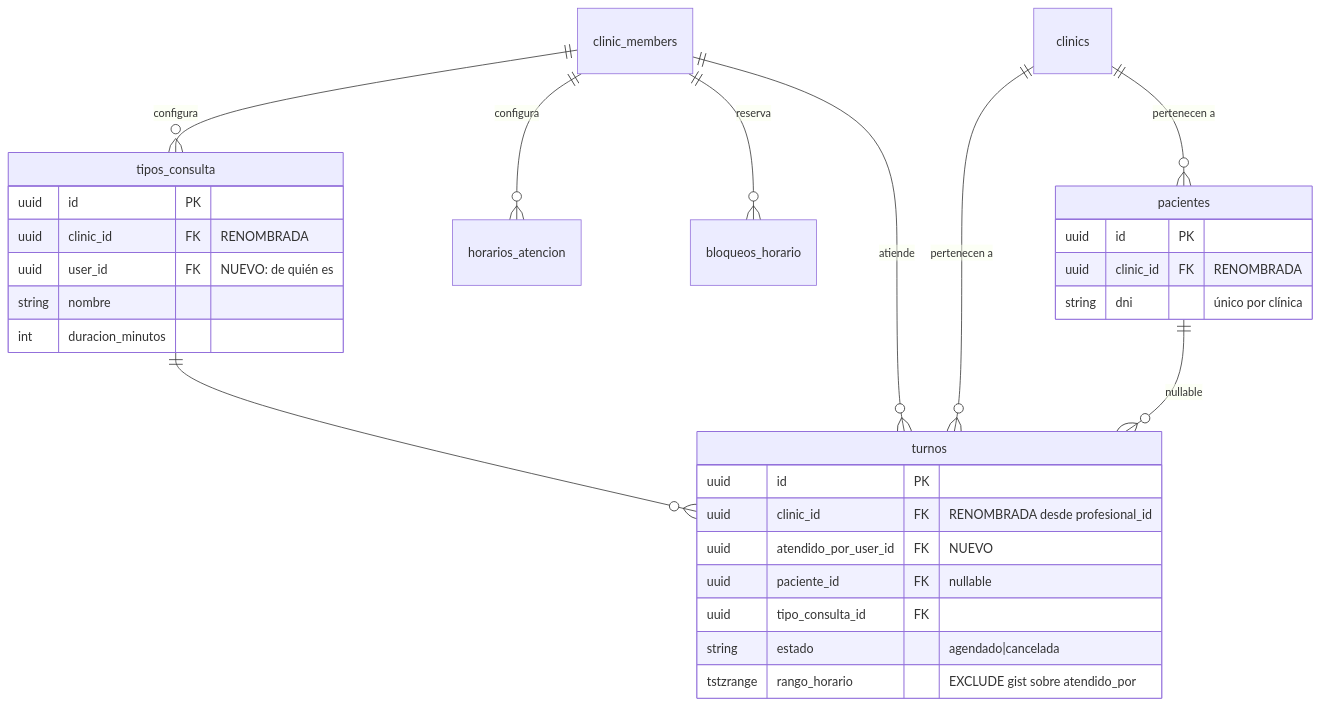
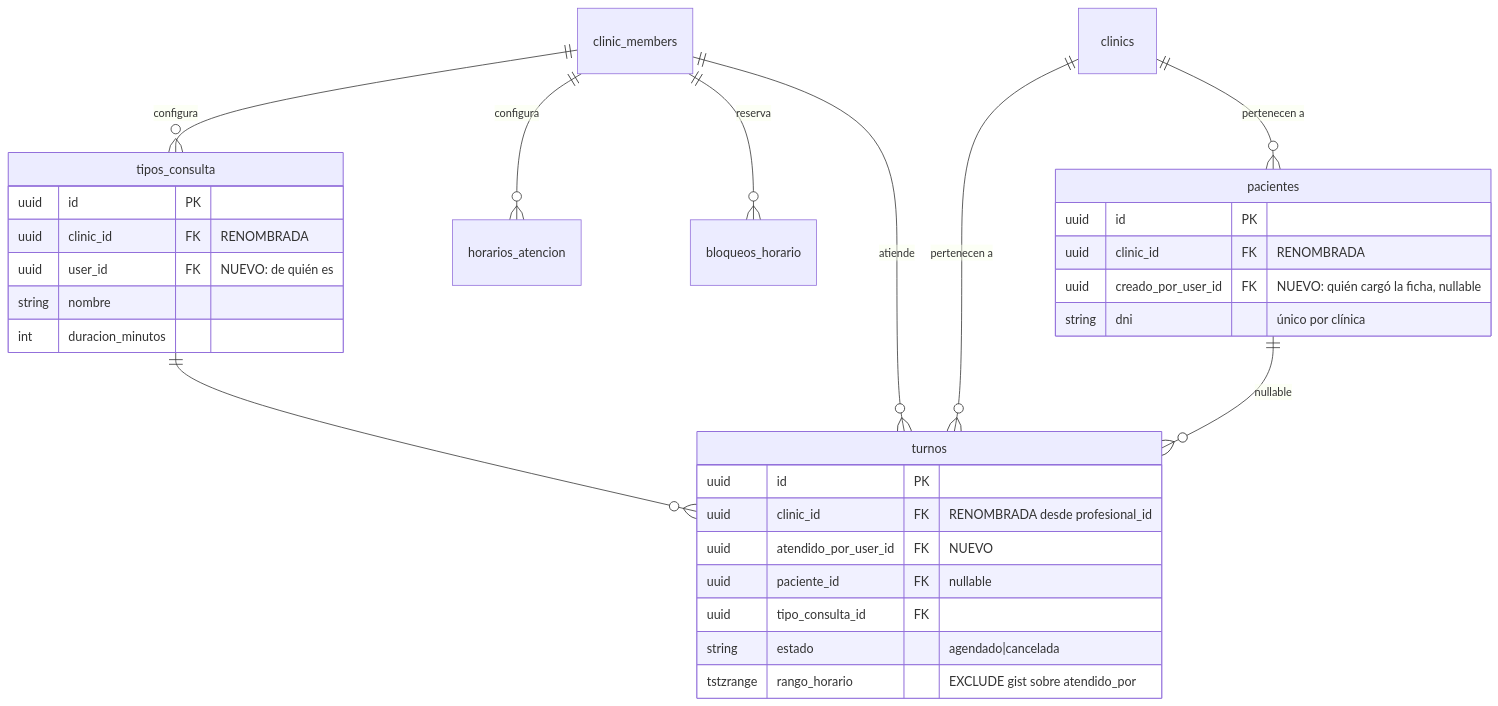
Before and after one commit to JuanMuruzabal/Mirage_clinicas: the second of 2 diagrams in docs/Arquitectura y base/modelo de datos/er-post-fase3.md, drawn with Mermaid. The commit also changed other lines of this file and 1 other file, not shown here.

````diff
--- a/docs/Arquitectura y base/modelo de datos/er-post-fase3.md
+++ b/docs/Arquitectura y base/modelo de datos/er-post-fase3.md
@@ -89,33 +97,34 @@
 ```mermaid
 erDiagram
     clinic_members ||--o{ tipos_consulta : "configura"
     clinic_members ||--o{ horarios_atencion : "configura"
     clinic_members ||--o{ bloqueos_horario : "reserva"
     clinic_members ||--o{ turnos : "atiende"
     clinics ||--o{ turnos : "pertenecen a"
     clinics ||--o{ pacientes : "pertenecen a"
     pacientes ||--o{ turnos : "nullable"
     tipos_consulta ||--o{ turnos : ""
 
     turnos {
         uuid id PK
         uuid clinic_id FK "RENOMBRADA desde profesional_id"
         uuid atendido_por_user_id FK "NUEVO"
         uuid paciente_id FK "nullable"
         uuid tipo_consulta_id FK
         string estado "agendado|cancelada"
         tstzrange rango_horario "EXCLUDE gist sobre atendido_por"
     }
     tipos_consulta {
         uuid id PK
         uuid clinic_id FK "RENOMBRADA"
         uuid user_id FK "NUEVO: de quién es"
         string nombre
         int duracion_minutos
     }
     pacientes {
         uuid id PK
         uuid clinic_id FK "RENOMBRADA"
+        uuid creado_por_user_id FK "NUEVO: quién cargó la ficha, nullable"
         string dni "único por clínica"
     }
 ```
````
